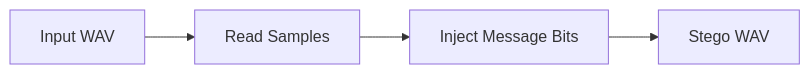
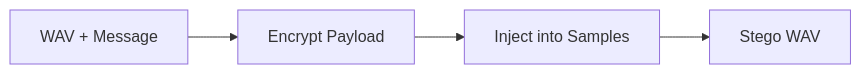
Before and after one commit to vx-ux/stegacrypt: the fourth of 6 diagrams in README.md, drawn with Mermaid. The commit also changed other lines of this file, not shown here.

Commit message:
docs: finalize README content and flowcharts

````diff
--- a/README.md
+++ b/README.md
@@ -101,6 +73,6 @@
 ```mermaid
 graph LR
-    A[Input WAV] --> B[Read Samples]
-    B --> C[Inject Message Bits]
+    A[WAV + Message] --> B[Encrypt Payload]
+    B --> C[Inject into Samples]
     C --> D[Stego WAV]
 ```
````
